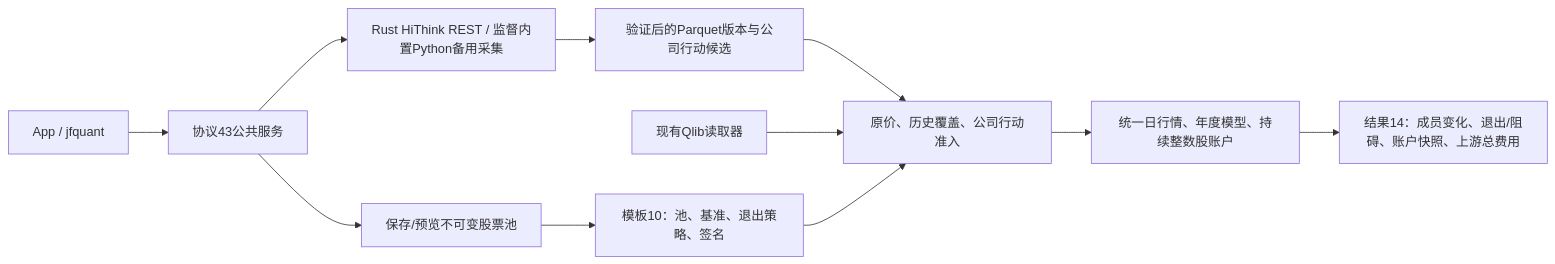
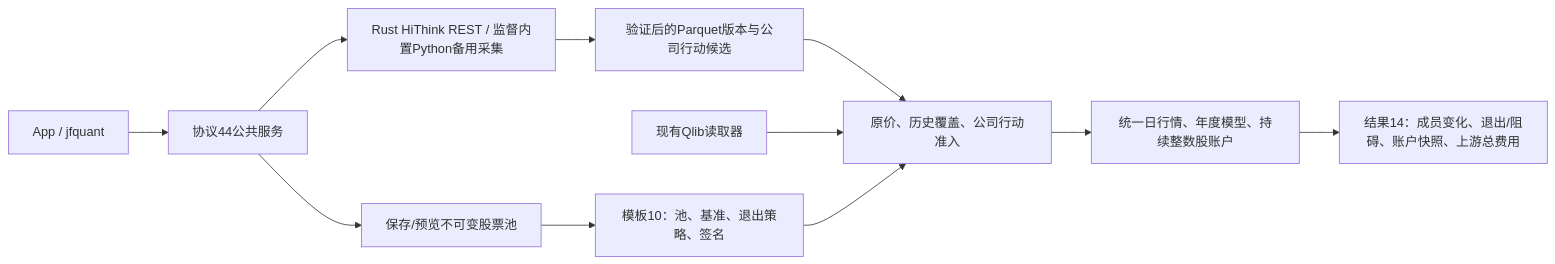
One commit to Dennishaha/JFQuant changed the second of 6 diagrams in crates/app/src/README.md. Above: the diagram before and after it, drawn with Mermaid. The commit also changed other lines of this file and 46 other files, not shown here.

````diff
--- a/crates/app/src/README.md
+++ b/crates/app/src/README.md
@@ -75,13 +75,13 @@
 ```mermaid
 flowchart LR
-  CLIENT["App / jfquant"] --> SERVICE["协议43公共服务"]
+  CLIENT["App / jfquant"] --> SERVICE["协议44公共服务"]
   SERVICE --> POOL["保存/预览不可变股票池"]
   SERVICE --> COLLECT["Rust HiThink REST / 监督内置Python备用采集"]
   COLLECT --> SNAPSHOT["验证后的Parquet版本与公司行动候选"]
   POOL --> FREEZE["模板10：池、基准、退出策略、签名"]
   SNAPSHOT --> READY["原价、历史覆盖、公司行动准入"]
   QLIB["现有Qlib读取器"] --> READY
   FREEZE --> READY
   READY --> RESEARCH["统一日行情、年度模型、持续整数股账户"]
   RESEARCH --> RESULT["结果14：成员变化、退出/阻碍、账户快照、上游总费用"]
 ```
````
